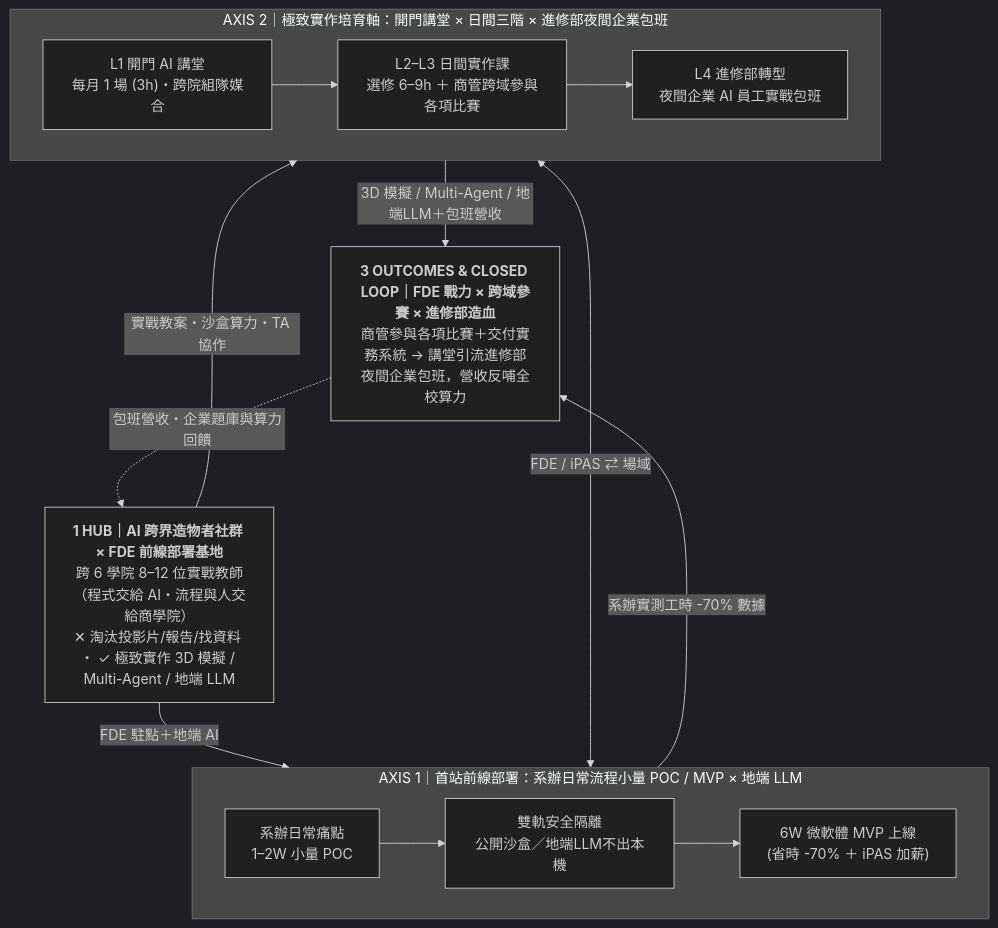
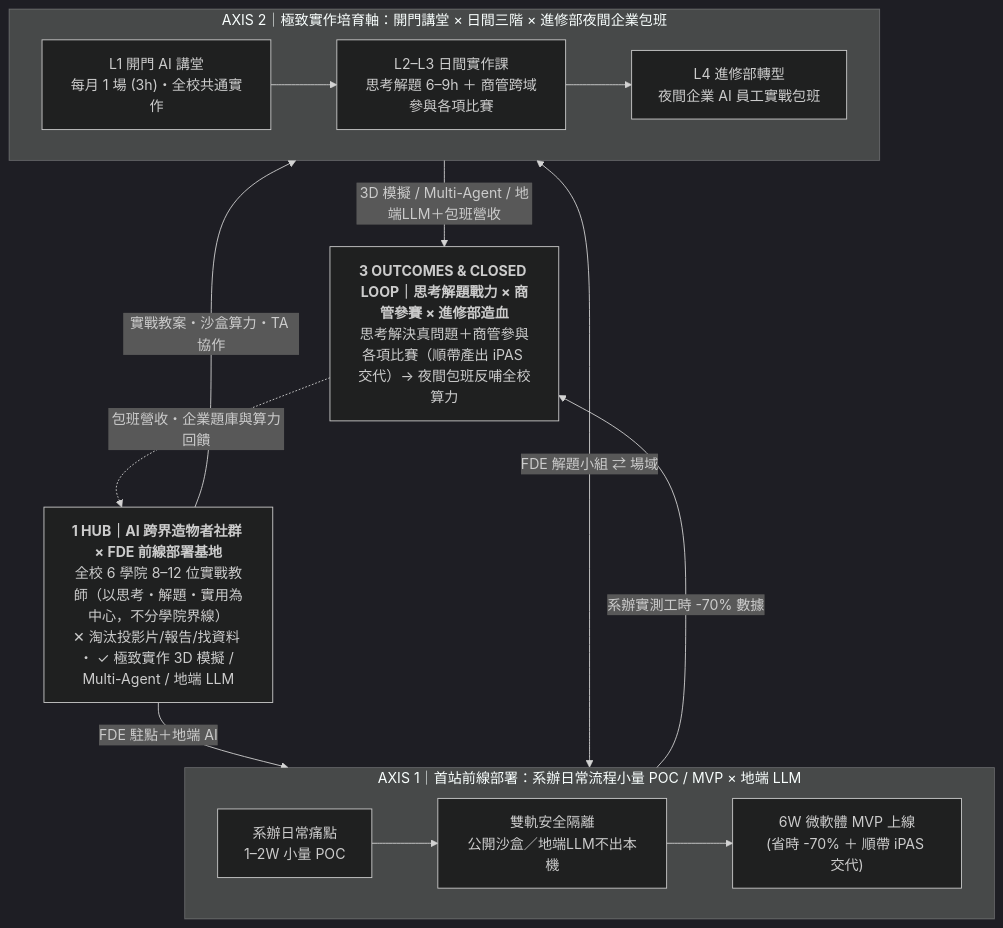
The first of 4 diagrams in README.md (nutcelvischen-jpg/nutc-ai-open-door), drawn with Mermaid (dark theme) before and after one commit. The commit also changed other lines of this file and 2 other files, not shown here.

````diff
--- a/README.md
+++ b/README.md
@@ -16,24 +16,24 @@
 ```mermaid
 flowchart TB
-    HUB["<b>1 HUB｜AI 跨界造物者社群 × FDE 前線部署基地</b><br/>跨 6 學院 8–12 位實戰教師（程式交給 AI・流程與人交給商學院）<br/>✕ 淘汰投影片/報告/找資料 ・ ✓ 極致實作 3D 模擬 / Multi-Agent / 地端 LLM"]
+    HUB["<b>1 HUB｜AI 跨界造物者社群 × FDE 前線部署基地</b><br/>全校 6 學院 8–12 位實戰教師（以思考・解題・實用為中心，不分學院界線）<br/>✕ 淘汰投影片/報告/找資料 ・ ✓ 極致實作 3D 模擬 / Multi-Agent / 地端 LLM"]
 
     HUB -->|"FDE 駐點＋地端 AI"| A1
     HUB -->|"實戰教案・沙盒算力・TA 協作"| A2
 
     subgraph A1["AXIS 1｜首站前線部署：系辦日常流程小量 POC / MVP × 地端 LLM"]
         direction LR
-        P1["系辦日常痛點<br/>1–2W 小量 POC"] --> P2["雙軌安全隔離<br/>公開沙盒／地端LLM不出本機"] --> P3["6W 微軟體 MVP 上線<br/>(省時 -70% ＋ iPAS 加薪)"]
+        P1["系辦日常痛點<br/>1–2W 小量 POC"] --> P2["雙軌安全隔離<br/>公開沙盒／地端LLM不出本機"] --> P3["6W 微軟體 MVP 上線<br/>(省時 -70% ＋ 順帶 iPAS 交代)"]
     end
 
     subgraph A2["AXIS 2｜極致實作培育軸：開門講堂 × 日間三階 × 進修部夜間企業包班"]
         direction LR
-        L1["L1 開門 AI 講堂<br/>每月 1 場 (3h)・跨院組隊媒合"] --> L2["L2–L3 日間實作課<br/>選修 6–9h ＋ 商管跨域參與各項比賽"] --> L4["L4 進修部轉型<br/>夜間企業 AI 員工實戰包班"]
+        L1["L1 開門 AI 講堂<br/>每月 1 場 (3h)・全校共通實作"] --> L2["L2–L3 日間實作課<br/>思考解題 6–9h ＋ 商管跨域參與各項比賽"] --> L4["L4 進修部轉型<br/>夜間企業 AI 員工實戰包班"]
     end
 
-    A1 <-->|"FDE / iPAS ⇄ 場域"| A2
+    A1 <-->|"FDE 解題小組 ⇄ 場域"| A2
     A1 -->|"系辦實測工時 -70% 數據"| LOOP
     A2 -->|"3D 模擬 / Multi-Agent / 地端LLM＋包班營收"| LOOP
 
-    LOOP["<b>3 OUTCOMES & CLOSED LOOP｜FDE 戰力 × 跨域參賽 × 進修部造血</b><br/>商管參與各項比賽＋交付實務系統 → 講堂引流進修部夜間企業包班，營收反哺全校算力"]
+    LOOP["<b>3 OUTCOMES & CLOSED LOOP｜思考解題戰力 × 商管參賽 × 進修部造血</b><br/>思考解決真問題＋商管參與各項比賽（順帶產出 iPAS 交代）→ 夜間包班反哺全校算力"]
     LOOP -.->|"包班營收・企業題庫與算力回饋"| HUB
 ```
````
